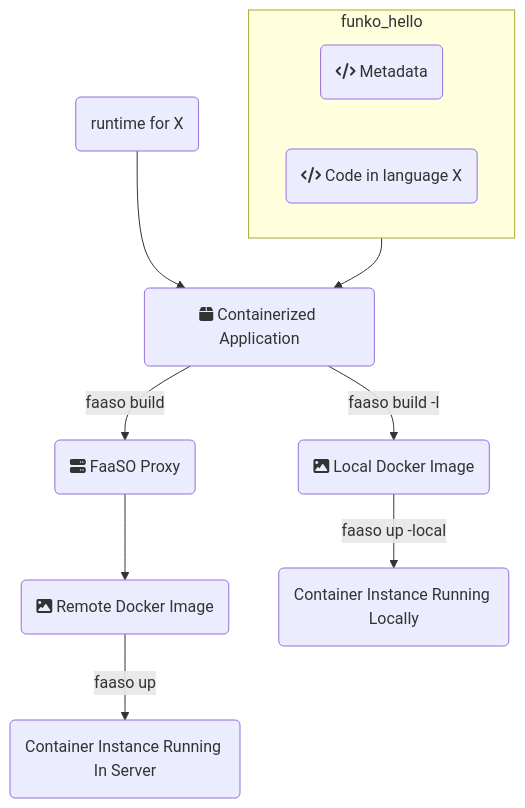
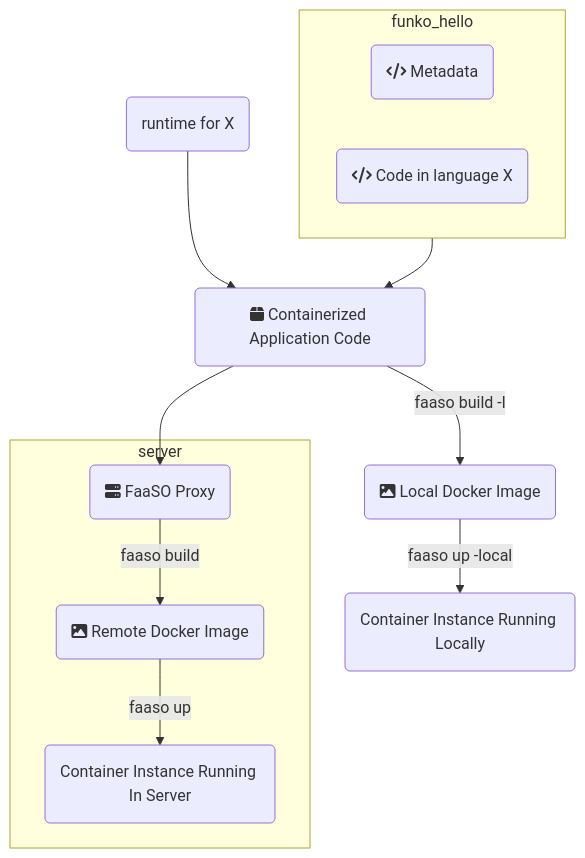
The first of 2 diagrams in docs/funkos.md (ralsina/faaso), drawn with Mermaid before and after one commit.

````diff
--- a/docs/funkos.md
+++ b/docs/funkos.md
@@ -19,22 +19,24 @@
 ```mermaid
 flowchart TD
 subgraph funko_hello
   A(fa:fa-code Metadata)
   B(fa:fa-code Code in language X)
 end
 
 R(runtime for X)
 
-C(fa:fa-box Containerized Application)
+C(fa:fa-box Containerized Application Code)
 D1(fa:fa-image Local Docker Image)
+subgraph server
 D2(fa:fa-image Remote Docker Image)
 E(fa:fa-server FaaSO Proxy)
 F(Container Instance Running In Server)
+end
 G(Container Instance Running Locally)
 
 funko_hello --> C -- faaso build -l --> D1
-C -- faaso build --> E --> D2
+C --> E -- faaso build --> D2
 R --> C
 D2 -- faaso up --> F
 D1 -- faaso up -local --> G
 ```
````
